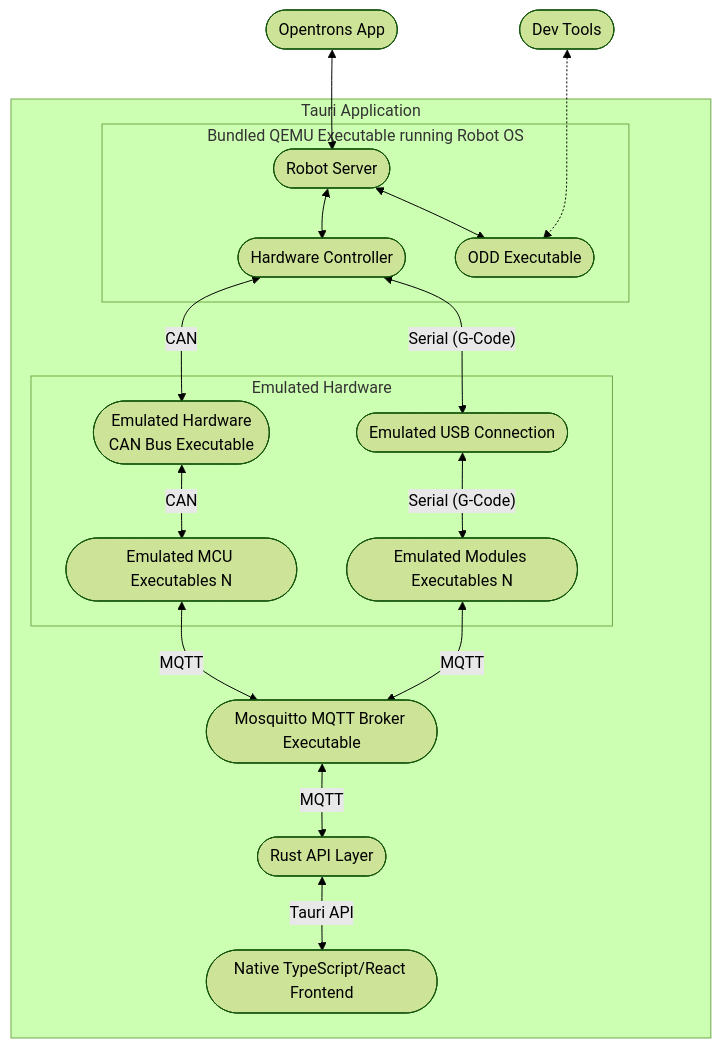
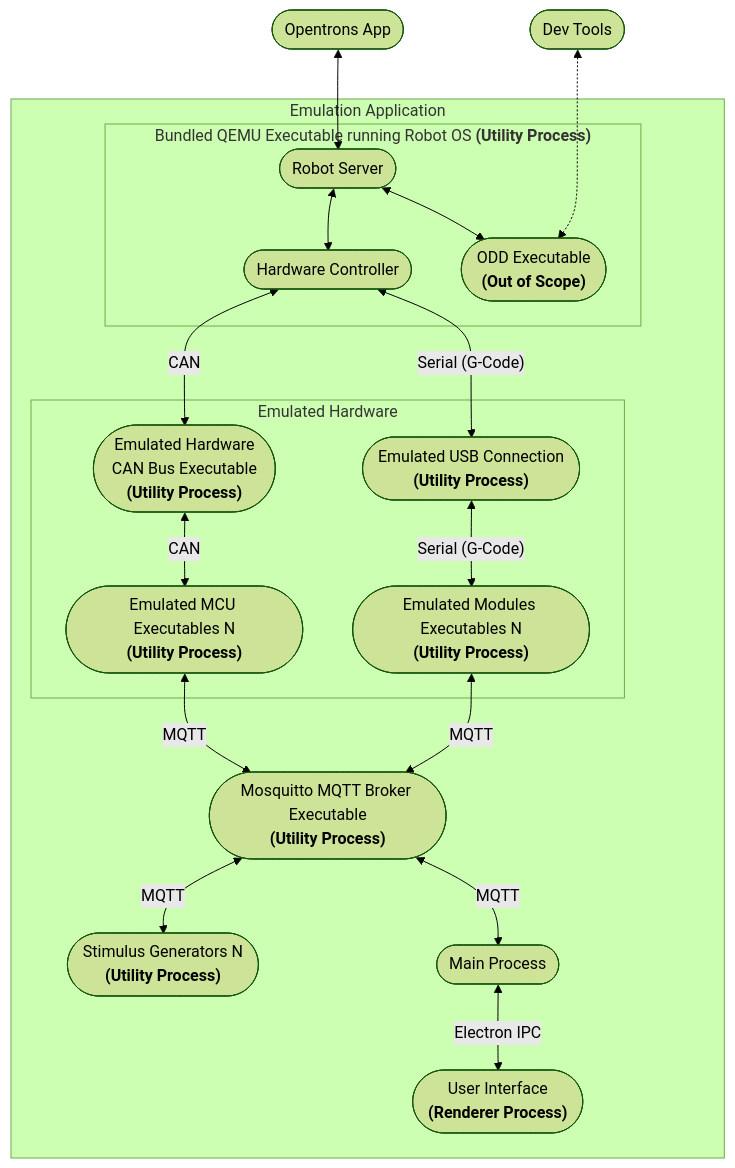
Before and after one commit to Opentrons/opentrons-emulation: the diagram in ARCHITECTURE.md, drawn with Mermaid (forest theme). The commit also changed other lines of this file and 19 other files, not shown here.

````diff
--- a/ARCHITECTURE.md
+++ b/ARCHITECTURE.md
@@ -1,44 +5,44 @@
 ``` mermaid
 flowchart TD
     
     opentronsApp([Opentrons App])
     devTools([Dev Tools])
 
-    subgraph "Tauri Application"
+    subgraph "Emulation Application"
 
-        subgraph "Bundled QEMU Executable running Robot OS"
+        subgraph "Bundled QEMU Executable running Robot OS <b>(Utility Process)</b>"
             robotServer([Robot Server])
             hardwareController([Hardware Controller])
-            odd([ODD Executable])
+            odd(["ODD Executable\n<b>(Out of Scope)</b>"])
         end
 
         subgraph "Emulated Hardware"
-            emulatedUSBConnection([Emulated USB Connection])
-            emulatedHardwareCANBus(["Emulated Hardware \nCAN Bus Executable"])
-            emulatedMCUsN([Emulated MCU Executables N])
-            modulesExecutablesN([Emulated Modules Executables N])
+            emulatedUSBConnection(["Emulated USB Connection\n<b>(Utility Process)</b>"])
+            emulatedHardwareCANBus(["Emulated Hardware \nCAN Bus Executable\n<b>(Utility Process)</b>"])
+            emulatedMCUsN(["Emulated MCU Executables N\n<b>(Utility Process)</b>"])
+            modulesExecutablesN(["Emulated Modules Executables N\n<b>(Utility Process)</b>"])
         end
 
-        
-        
-        mosquitto([Mosquitto MQTT Broker Executable])
-        rustAPILayer([Rust API Layer])
-        reactFrontend([Native TypeScript/React Frontend])
+        mosquitto(["Mosquitto MQTT Broker Executable\n<b>(Utility Process)</b>"])
+        stimulusGenerator(["Stimulus Generators N\n<b>(Utility Process)</b>"])
+        mainProcess(["Main Process"])
+        userInterface(["User Interface\n<b>(Renderer Process)</b>"])
         
     end
 
     robotServer <--> hardwareController 
     hardwareController <-->|CAN| emulatedHardwareCANBus 
     hardwareController <-->|"Serial (G-Code)"| emulatedUSBConnection
     emulatedUSBConnection <-->|"Serial (G-Code)"| modulesExecutablesN
     emulatedHardwareCANBus <-->|CAN| emulatedMCUsN 
     emulatedMCUsN <-->|MQTT| mosquitto 
-    mosquitto <-->|MQTT| rustAPILayer 
-    rustAPILayer <-->|Tauri API| reactFrontend
+    mosquitto <-->|MQTT| stimulusGenerator 
+    mosquitto <-->|MQTT| mainProcess
+    mainProcess <-->|Electron IPC| userInterface
+    
     
     modulesExecutablesN <-->|MQTT| mosquitto
     robotServer <--> odd
     devTools <-..-> odd
     opentronsApp <--> robotServer
-
 ```
````
